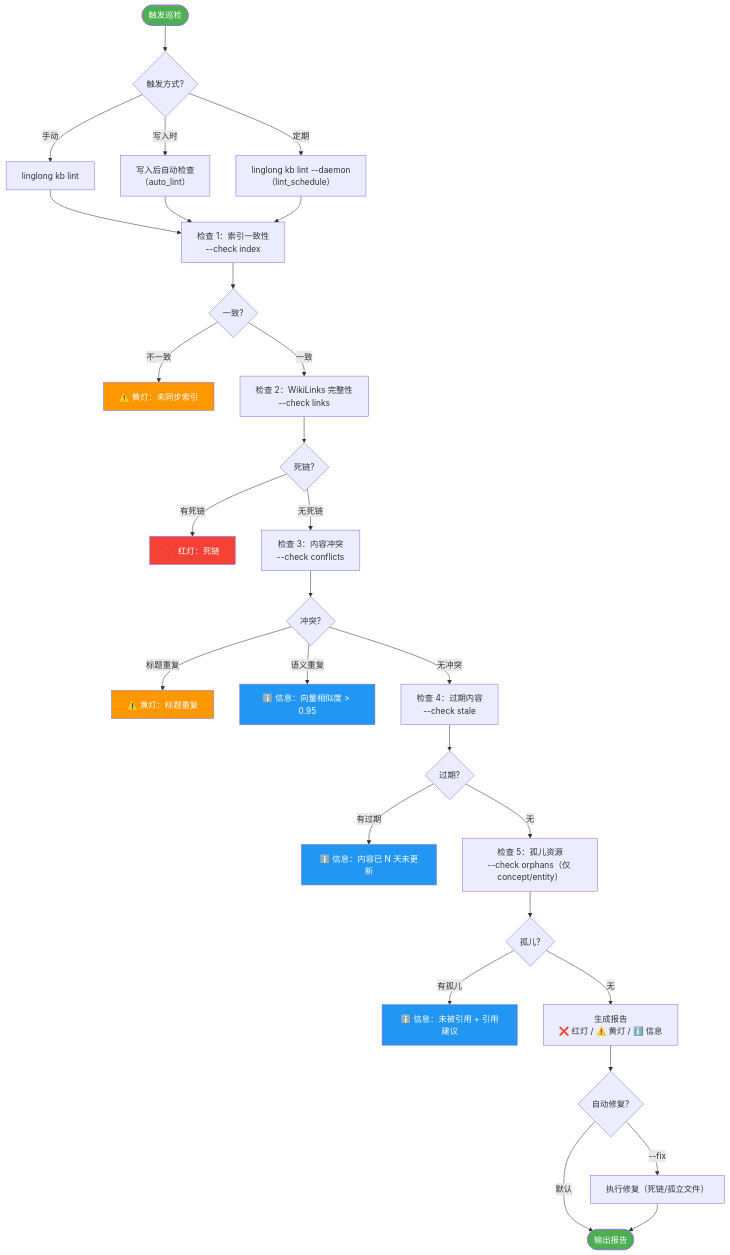
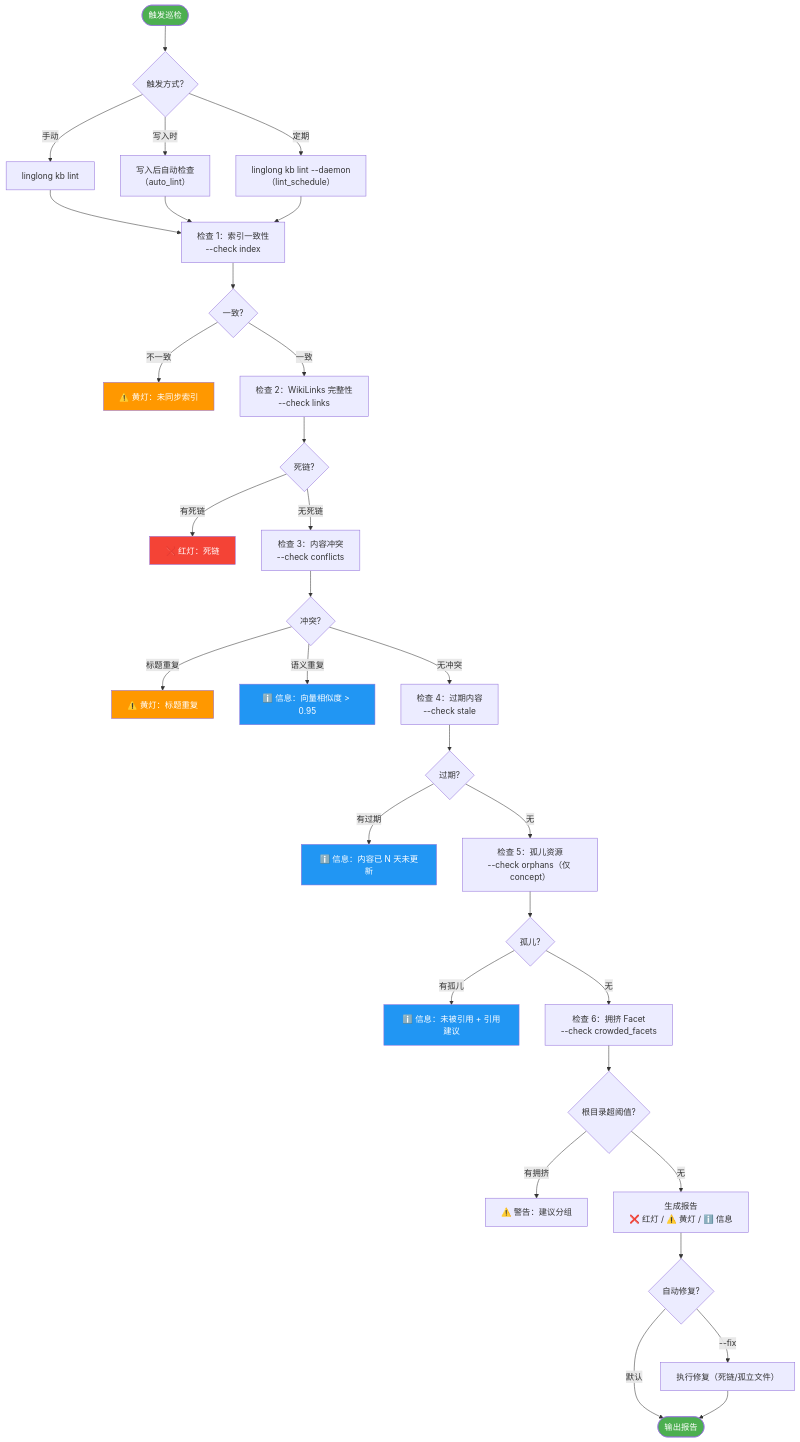
One commit to xinovate/linglong-knowledge changed the diagram in docs/knowledge/design/05-lint.md. Above: the diagram before and after it, drawn with Mermaid. The commit also changed other lines of this file and 31 other files, not shown here.

First line of the commit message:
refactor(knowledge): facet 重分类 7→6 + Entity.group 子目录

````diff
--- a/docs/knowledge/design/05-lint.md
+++ b/docs/knowledge/design/05-lint.md
@@ -17,53 +17,58 @@
 ```mermaid
 flowchart TD
     Start([触发巡检]) --> Trigger{"触发方式?"}
     Trigger -->|手动| Manual["linglong kb lint"]
     Trigger -->|写入时| WriteHook["写入后自动检查<br/>（auto_lint）"]
     Trigger -->|定期| Cron["linglong kb lint --daemon<br/>（lint_schedule）"]
 
     Manual --> Step1
     WriteHook --> Step1
     Cron --> Step1
 
     Step1["检查 1：索引一致性<br/>--check index"]
     Step1 --> R1{"一致?"}
     R1 -->|不一致| W1["⚠️ 黄灯：未同步索引"]
     R1 -->|一致| Step2
 
     Step2["检查 2：WikiLinks 完整性<br/>--check links"]
     Step2 --> R2{"死链?"}
     R2 -->|有死链| E1["❌ 红灯：死链"]
     R2 -->|无死链| Step3
 
     Step3["检查 3：内容冲突<br/>--check conflicts"]
     Step3 --> R3{"冲突?"}
     R3 -->|标题重复| W2["⚠️ 黄灯：标题重复"]
     R3 -->|语义重复| I1["ℹ️ 信息：向量相似度 > 0.95"]
     R3 -->|无冲突| Step4
 
     Step4["检查 4：过期内容<br/>--check stale"]
     Step4 --> R4{"过期?"}
     R4 -->|有过期| I2["ℹ️ 信息：内容已 N 天未更新"]
     R4 -->|无| Step5
 
-    Step5["检查 5：孤儿资源<br/>--check orphans（仅 concept/entity）"]
+    Step5["检查 5：孤儿资源<br/>--check orphans（仅 concept）"]
     Step5 --> R5{"孤儿?"}
     R5 -->|有孤儿| I3["ℹ️ 信息：未被引用 + 引用建议"]
-    R5 -->|无| Report
+    R5 -->|无| Step6
+
+    Step6["检查 6：拥挤 Facet<br/>--check crowded_facets"]
+    Step6 --> R6{"根目录超阈值?"}
+    R6 -->|有拥挤| W3["⚠️ 警告：建议分组"]
+    R6 -->|无| Report
 
     Report["生成报告<br/>❌ 红灯 / ⚠️ 黄灯 / ℹ️ 信息"]
     Report --> Fix{自动修复?}
     Fix -->|--fix| Execute["执行修复（死链/孤立文件）"]
     Fix -->|默认| Done([输出报告])
 
     Execute --> Done
 
     style Start fill:#4CAF50,color:#fff
     style Done fill:#4CAF50,color:#fff
     style E1 fill:#F44336,color:#fff
     style W1 fill:#FF9800,color:#fff
     style W2 fill:#FF9800,color:#fff
     style I1 fill:#2196F3,color:#fff
     style I2 fill:#2196F3,color:#fff
     style I3 fill:#2196F3,color:#fff
 ```
````
